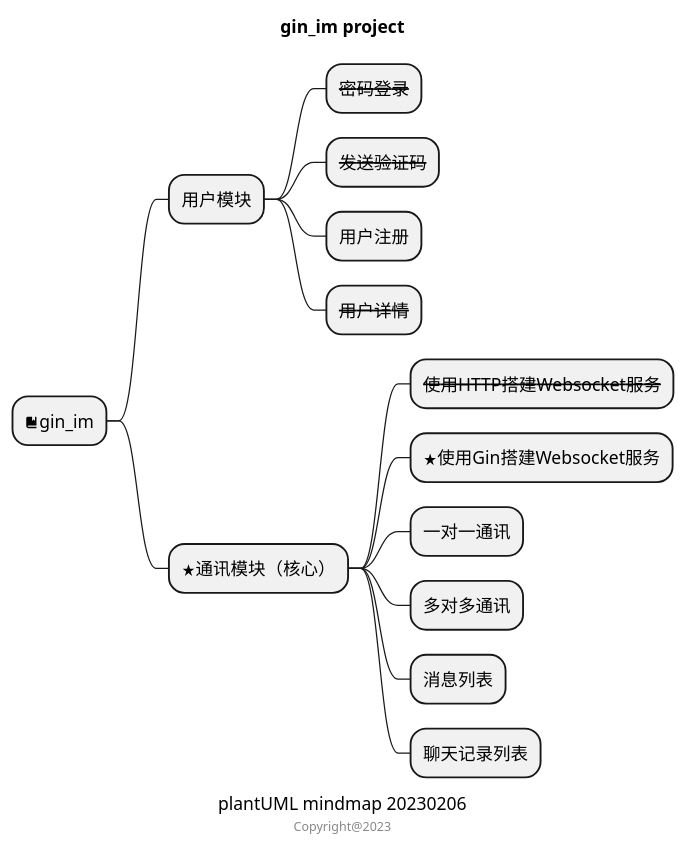
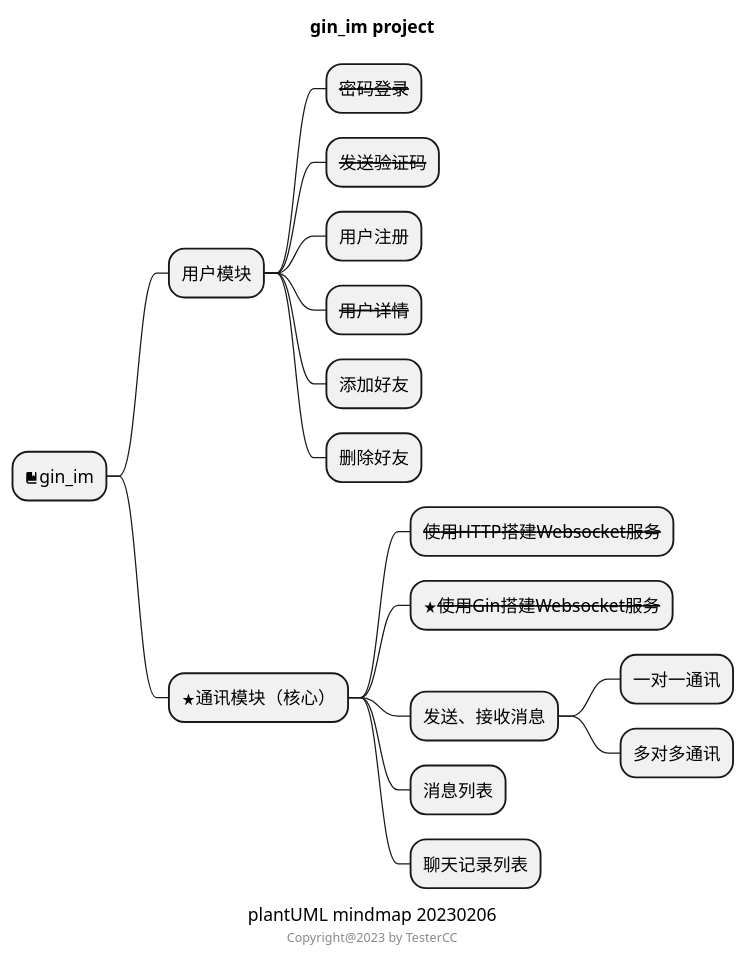
One commit to TesterCC/gin_im changed the diagram in arch.puml. Above: the diagram before and after it, drawn with PlantUML. The commit also changed 2 other files, not shown here.

```diff
--- a/arch.puml
+++ b/arch.puml
@@ -1,31 +1,34 @@
 @startmindmap
 'https://plantuml.com/mindmap-diagram
 
 title gin_im project
 caption plantUML mindmap 20230206
 
 
 * <&book>gin_im
 ** 用户模块
 *** <s>密码登录</s>
 *** <s>发送验证码</s>
 *** 用户注册
 *** <s>用户详情</s>
+*** 添加好友
+*** 删除好友
 ** <&star>通讯模块（核心）
 *** <s>使用HTTP搭建Websocket服务</s>
-*** <&star>使用Gin搭建Websocket服务
-*** 一对一通讯
-*** 多对多通讯
+*** <s><&star>使用Gin搭建Websocket服务</s>
+*** 发送、接收消息
+**** 一对一通讯
+**** 多对多通讯
 *** 消息列表
 *** 聊天记录列表
 
 '** <&pulse>SolydXK
 '** <&people>SteamOS
 
 'header
 'TesterCC
 'endheader
 
-center footer Copyright@2023
+center footer Copyright@2023 by TesterCC
 
 @endmindmap
```
